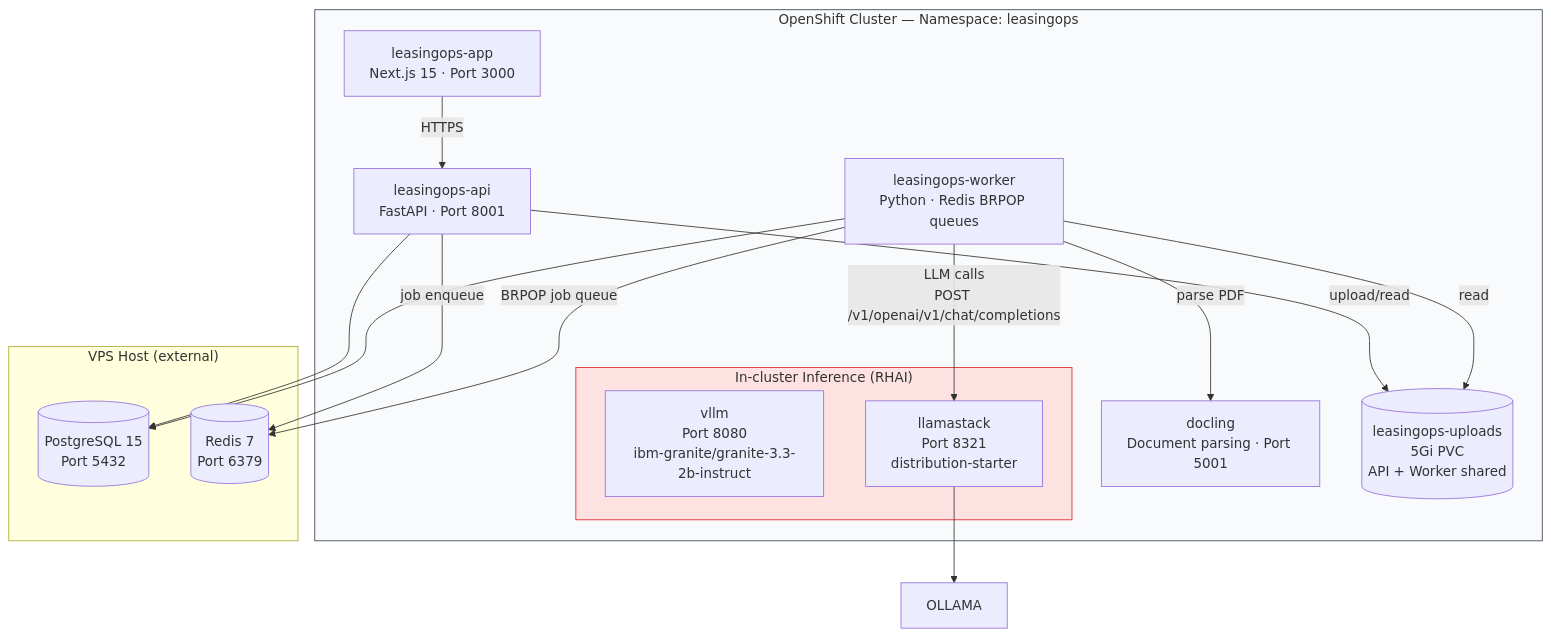
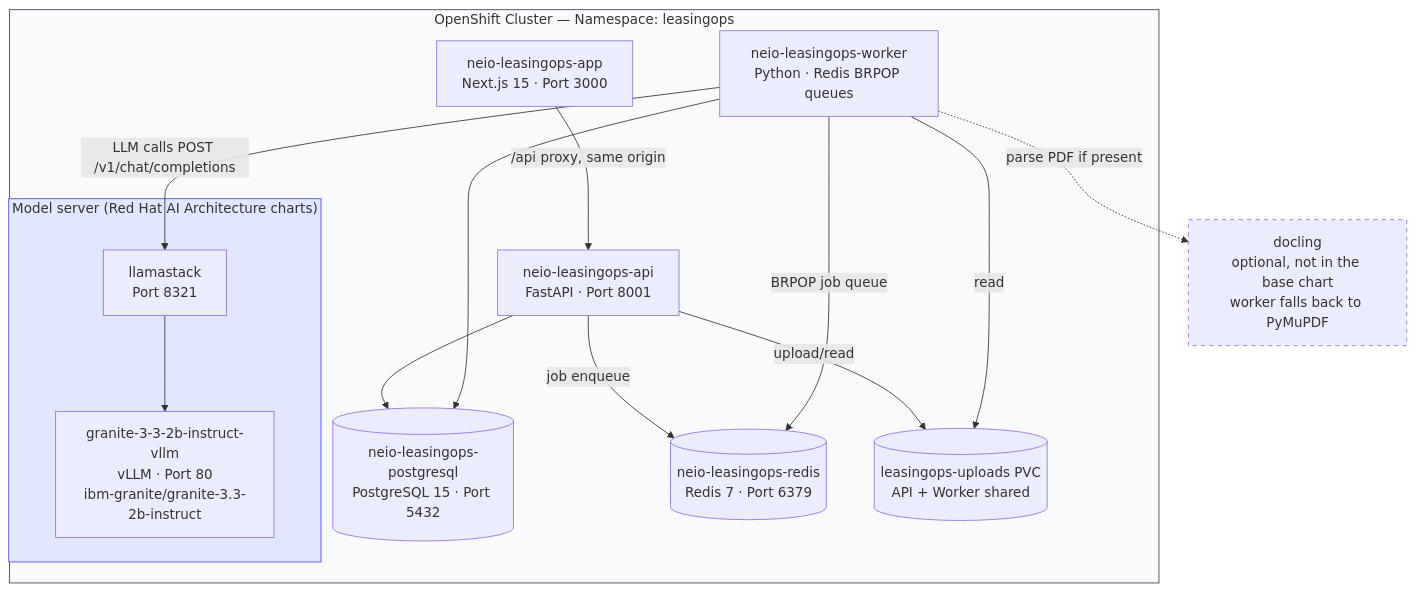
Before and after one commit to rh-ai-quickstart/Agentic-Lease-Management-and-Reconciliation-with-Codvo: the first of 3 diagrams in docs/ARCHITECTURE.md, drawn with Mermaid. The commit also changed other lines of this file and 8 other files, not shown here.

````diff
--- a/docs/ARCHITECTURE.md
+++ b/docs/ARCHITECTURE.md
@@ -13,35 +13,33 @@
 ```mermaid
 graph TB
     subgraph OCP["OpenShift Cluster — Namespace: leasingops"]
-        APP[leasingops-app<br/>Next.js 15 · Port 3000]
-        API[leasingops-api<br/>FastAPI · Port 8001]
-        WORKER[leasingops-worker<br/>Python · Redis BRPOP queues]
-        DOCLING[docling<br/>Document parsing · Port 5001]
+        APP[neio-leasingops-app<br/>Next.js 15 · Port 3000]
+        API[neio-leasingops-api<br/>FastAPI · Port 8001]
+        WORKER[neio-leasingops-worker<br/>Python · Redis BRPOP queues]
+        PG[(neio-leasingops-postgresql<br/>PostgreSQL 15 · Port 5432)]
+        REDIS[(neio-leasingops-redis<br/>Redis 7 · Port 6379)]
+        PVC[(leasingops-uploads PVC<br/>API + Worker shared)]
 
-        subgraph RHAI["In-cluster Inference (RHAI)"]
-            VLLM[vllm<br/>Port 8080<br/>ibm-granite/granite-3.3-2b-instruct]
-            LS[llamastack<br/>Port 8321<br/>distribution-starter]
+        subgraph RHAI["Model server (Red Hat AI Architecture charts)"]
+            VLLM[granite-3-3-2b-instruct-vllm<br/>vLLM · Port 80<br/>ibm-granite/granite-3.3-2b-instruct]
+            LS[llamastack<br/>Port 8321]
         end
-
-        PVC[(leasingops-uploads<br/>5Gi PVC<br/>API + Worker shared)]
     end
 
-    subgraph HOST["VPS Host (external)"]
-        PG[(PostgreSQL 15<br/>Port 5432)]
-        REDIS[(Redis 7<br/>Port 6379)]
-    end
+    DOCLING[docling<br/>optional, not in the base chart<br/>worker falls back to PyMuPDF]
 
-    APP -->|HTTPS| API
+    APP -->|/api proxy, same origin| API
     API -->|upload/read| PVC
     WORKER -->|read| PVC
     API -->|job enqueue| REDIS
     WORKER -->|BRPOP job queue| REDIS
     API --> PG
     WORKER --> PG
-    WORKER -->|parse PDF| DOCLING
-    WORKER -->|LLM calls<br/>POST /v1/openai/v1/chat/completions| LS
-    LS --> OLLAMA
+    WORKER -.->|parse PDF if present| DOCLING
+    WORKER -->|LLM calls POST /v1/chat/completions| LS
+    LS --> VLLM
 
-    style RHAI fill:#fee2e2,stroke:#dc2626
+    style RHAI fill:#e0e7ff,stroke:#4f46e5
     style OCP fill:#f9fafb,stroke:#374151
+    style DOCLING stroke-dasharray: 5 5
 ```
````
